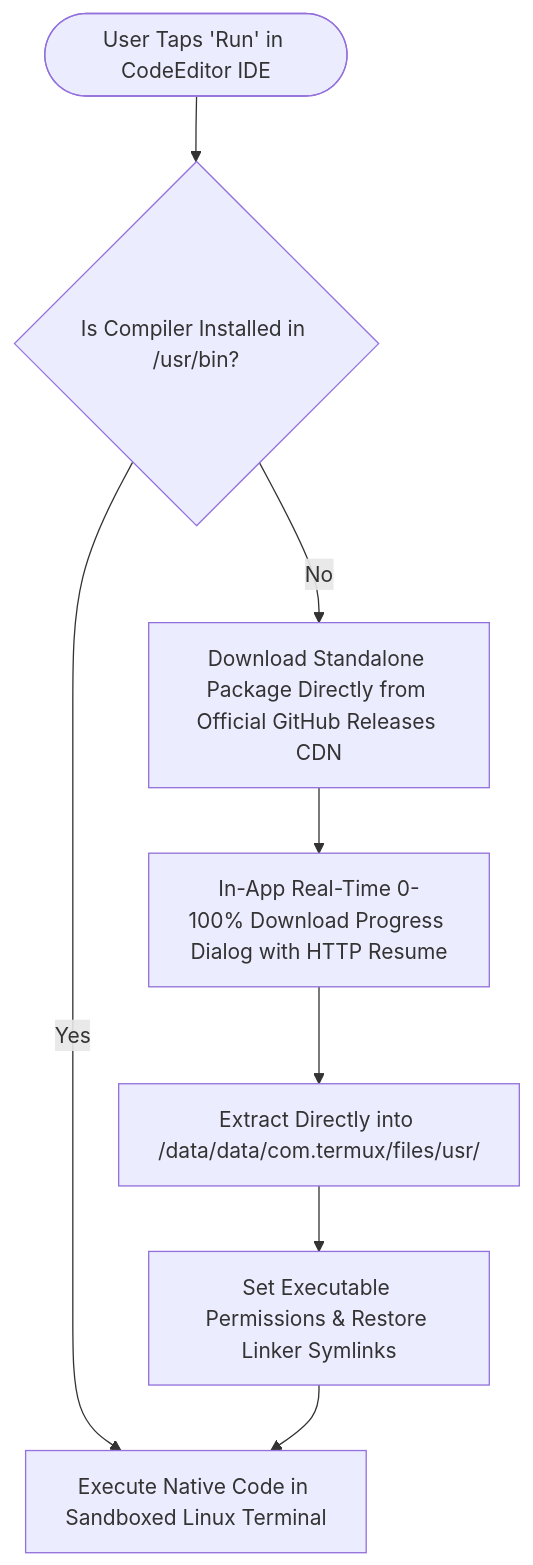
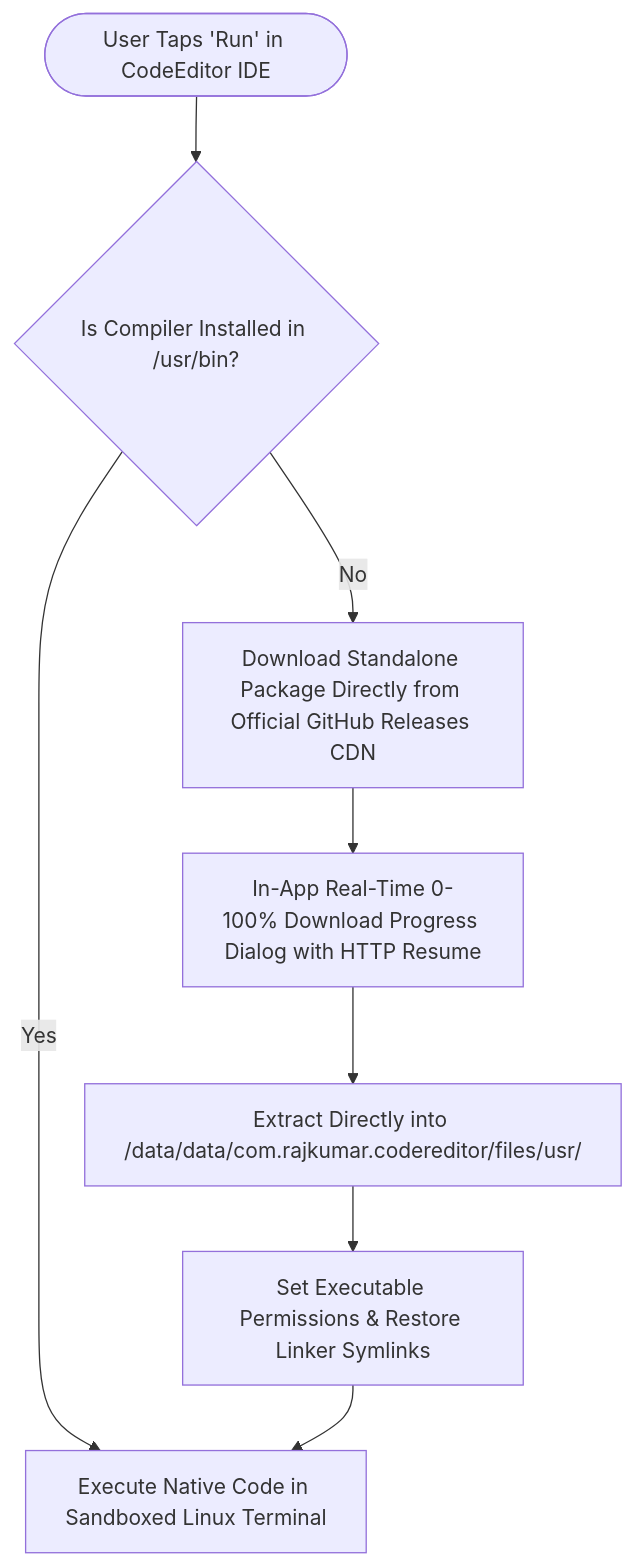
The diagram in README.md (raj40870-pixel/library), drawn with Mermaid before and after one commit. The commit also changed other lines of this file, not shown here.

````diff
--- a/README.md
+++ b/README.md
@@ -30,10 +30,10 @@
 ```mermaid
 flowchart TD
     User([User Taps 'Run' in CodeEditor IDE]) --> CheckBin{Is Compiler Installed in /usr/bin?}
     CheckBin -- Yes --> RunCode[Execute Native Code in Sandboxed Linux Terminal]
     CheckBin -- No --> CDNFetch[Download Standalone Package Directly from Official GitHub Releases CDN]
     CDNFetch --> Progress[In-App Real-Time 0-100% Download Progress Dialog with HTTP Resume]
-    Progress --> Extract[Extract Directly into /data/data/com.termux/files/usr/]
+    Progress --> Extract[Extract Directly into /data/data/com.rajkumar.codereditor/files/usr/]
     Extract --> Perms[Set Executable Permissions & Restore Linker Symlinks]
     Perms --> RunCode
 ```
````
